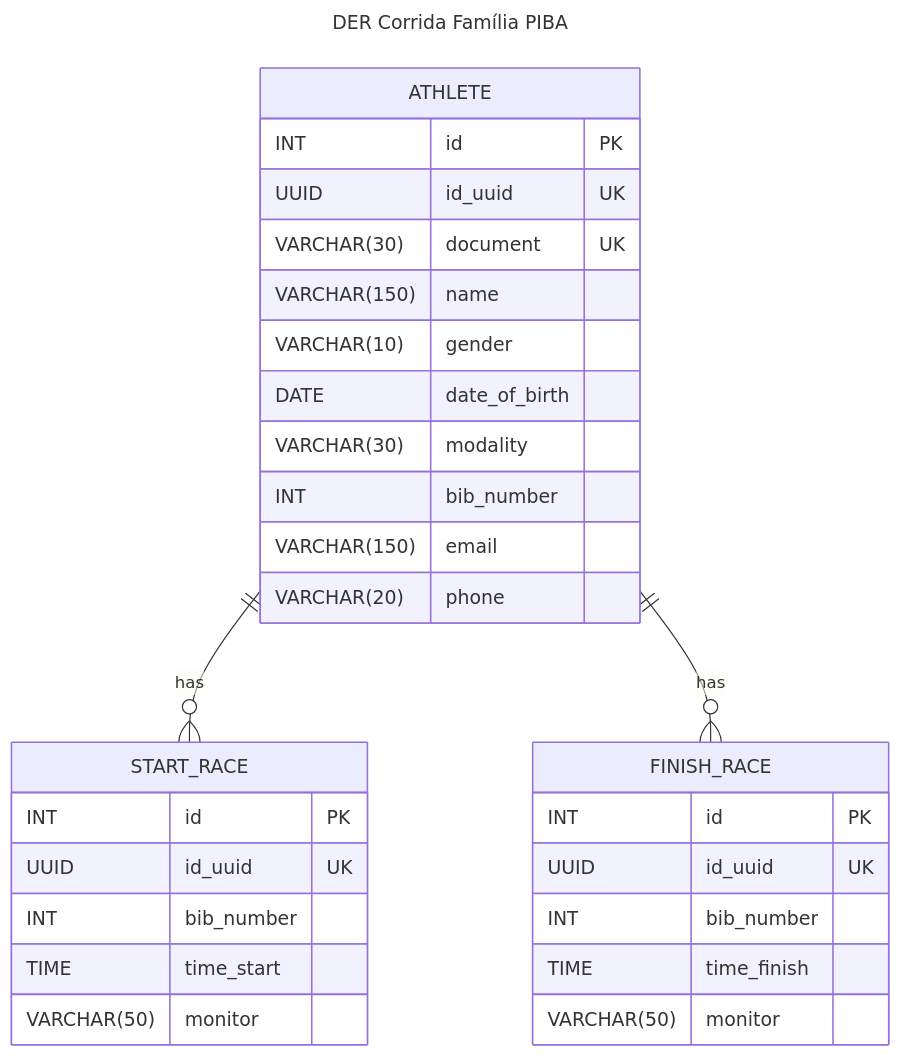
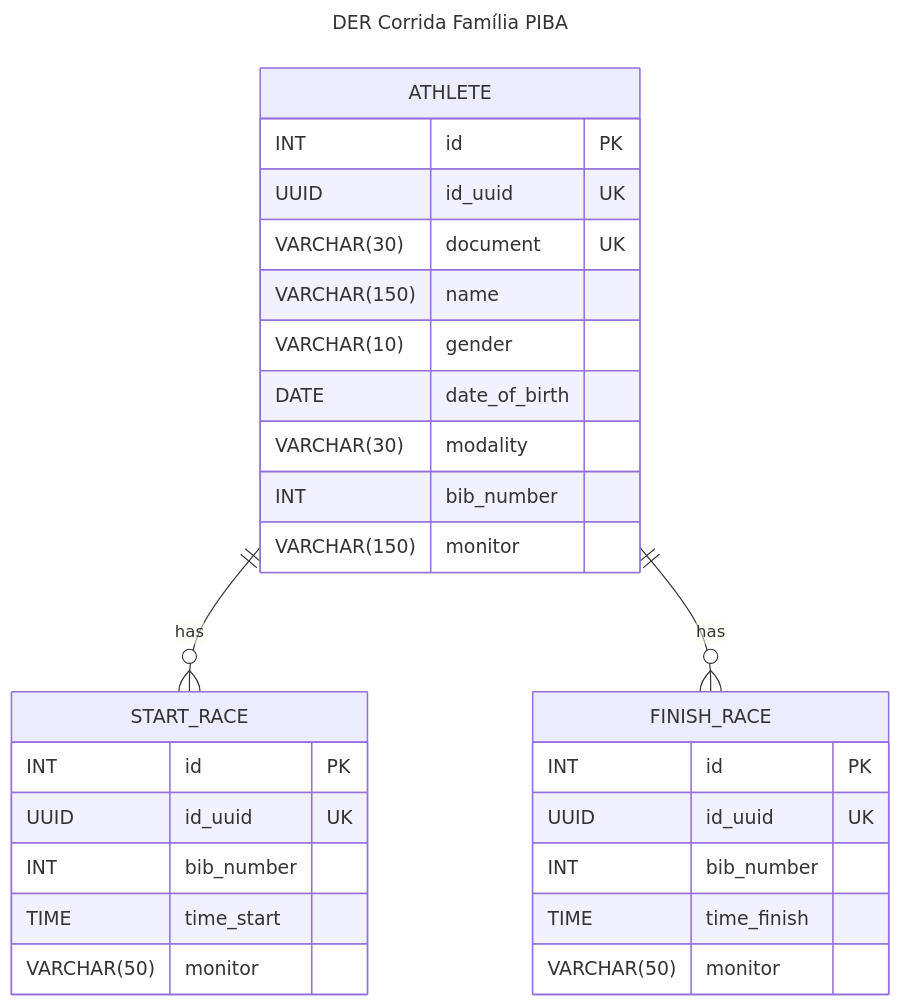
Before and after one commit to brgilsonsp/corrida_familia_piba_back: the diagram in db/der.md, drawn with Mermaid. The commit also changed 32 other files, not shown here.

````diff
--- a/db/der.md
+++ b/db/der.md
@@ -1,40 +1,39 @@
 ```mermaid
 ---
     title: DER Corrida Família PIBA
 ---
 
 erDiagram
     
     ATHLETE {
         INT id PK
         UUID id_uuid UK
         VARCHAR(30) document UK
         VARCHAR(150) name
         VARCHAR(10) gender
         DATE date_of_birth
         VARCHAR(30) modality
         INT bib_number
-        VARCHAR(150) email
-        VARCHAR(20) phone
+        VARCHAR(150) monitor
     }
 
     START_RACE {
         INT id PK
         UUID id_uuid UK
         INT bib_number
         TIME time_start
         VARCHAR(50) monitor
     }
 
     FINISH_RACE {
         INT id PK
         UUID id_uuid UK
         INT bib_number
         TIME time_finish
         VARCHAR(50) monitor
     }
 
     ATHLETE ||--o{ START_RACE  : "has"
     ATHLETE ||--o{ FINISH_RACE : "has"
 
 ```
````
